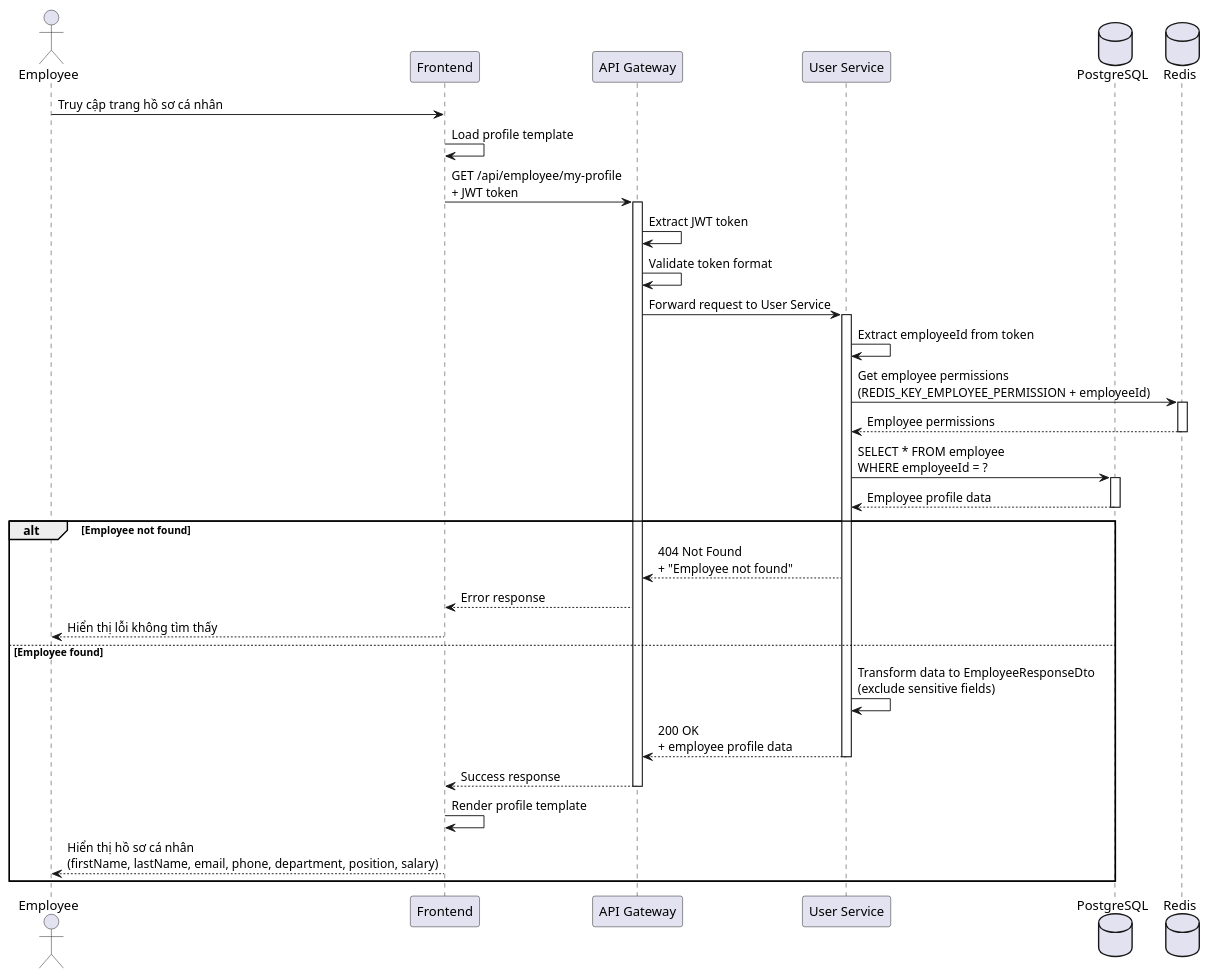
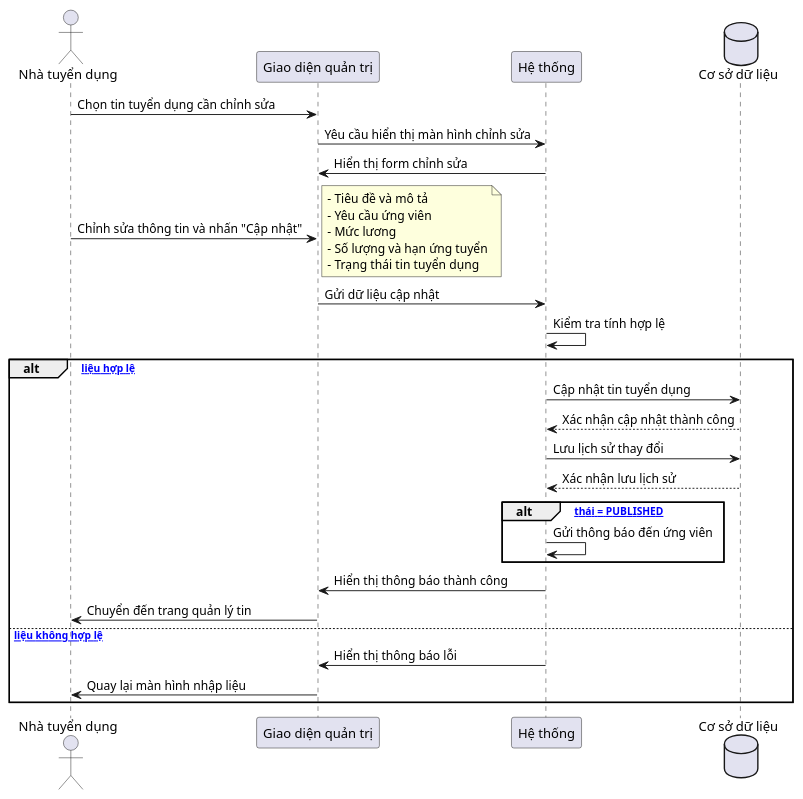
The diagram in sequence/UC-04/UC-04-simple-sequence.wsd (felix-253/TechLeet-server), drawn with PlantUML before and after one commit. The commit also changed 30 other files, not shown here.

```diff
--- a/sequence/UC-04/UC-04-simple-sequence.wsd
+++ b/sequence/UC-04/UC-04-simple-sequence.wsd
@@ -1,47 +1,41 @@
-@startuml UC-04: Xem hồ sơ cá nhân
+@startuml UC-04: Cập nhật thông tin tuyển dụng
 
-actor "Employee" as Employee
-participant "Frontend" as FE
-participant "API Gateway" as GW
-participant "User Service" as US
-database "PostgreSQL" as DB
-database "Redis" as Redis
+actor "Nhà tuyển dụng" as HM
+participant "Giao diện quản trị" as FE
+participant "Hệ thống" as System
+database "Cơ sở dữ liệu" as DB
 
-Employee -> FE: Truy cập trang hồ sơ cá nhân
-FE -> FE: Load profile template
-FE -> GW: GET /api/employee/my-profile\n+ JWT token
-activate GW
+HM -> FE: Chọn tin tuyển dụng cần chỉnh sửa
+FE -> System: Yêu cầu hiển thị màn hình chỉnh sửa
+System -> FE: Hiển thị form chỉnh sửa
 
-GW -> GW: Extract JWT token
-GW -> GW: Validate token format
-GW -> US: Forward request to User Service
-activate US
+HM -> FE: Chỉnh sửa thông tin và nhấn "Cập nhật"
+note right
+  - Tiêu đề và mô tả
+  - Yêu cầu ứng viên
+  - Mức lương
+  - Số lượng và hạn ứng tuyển
+  - Trạng thái tin tuyển dụng
+end note
 
-US -> US: Extract employeeId from token
-US -> Redis: Get employee permissions\n(REDIS_KEY_EMPLOYEE_PERMISSION + employeeId)
-activate Redis
-Redis --> US: Employee permissions
-deactivate Redis
+FE -> System: Gửi dữ liệu cập nhật
+System -> System: Kiểm tra tính hợp lệ
 
-US -> DB: SELECT * FROM employee\nWHERE employeeId = ?
-activate DB
-DB --> US: Employee profile data
-deactivate DB
-
-alt Employee not found
-    US --> GW: 404 Not Found\n+ "Employee not found"
-    GW --> FE: Error response
-    FE --> Employee: Hiển thị lỗi không tìm thấy
-else Employee found
-    US -> US: Transform data to EmployeeResponseDto\n(exclude sensitive fields)
-    US --> GW: 200 OK\n+ employee profile data
-    deactivate US
+alt [Dữ liệu hợp lệ]
+    System -> DB: Cập nhật tin tuyển dụng
+    DB --> System: Xác nhận cập nhật thành công
+    System -> DB: Lưu lịch sử thay đổi
+    DB --> System: Xác nhận lưu lịch sử
     
-    GW --> FE: Success response
-    deactivate GW
+    alt [Trạng thái = PUBLISHED]
+        System -> System: Gửi thông báo đến ứng viên
+    end
     
-    FE -> FE: Render profile template
-    FE --> Employee: Hiển thị hồ sơ cá nhân\n(firstName, lastName, email, phone, department, position, salary)
+    System -> FE: Hiển thị thông báo thành công
+    FE -> HM: Chuyển đến trang quản lý tin
+else [Dữ liệu không hợp lệ]
+    System -> FE: Hiển thị thông báo lỗi
+    FE -> HM: Quay lại màn hình nhập liệu
 end
 
 @enduml
```
